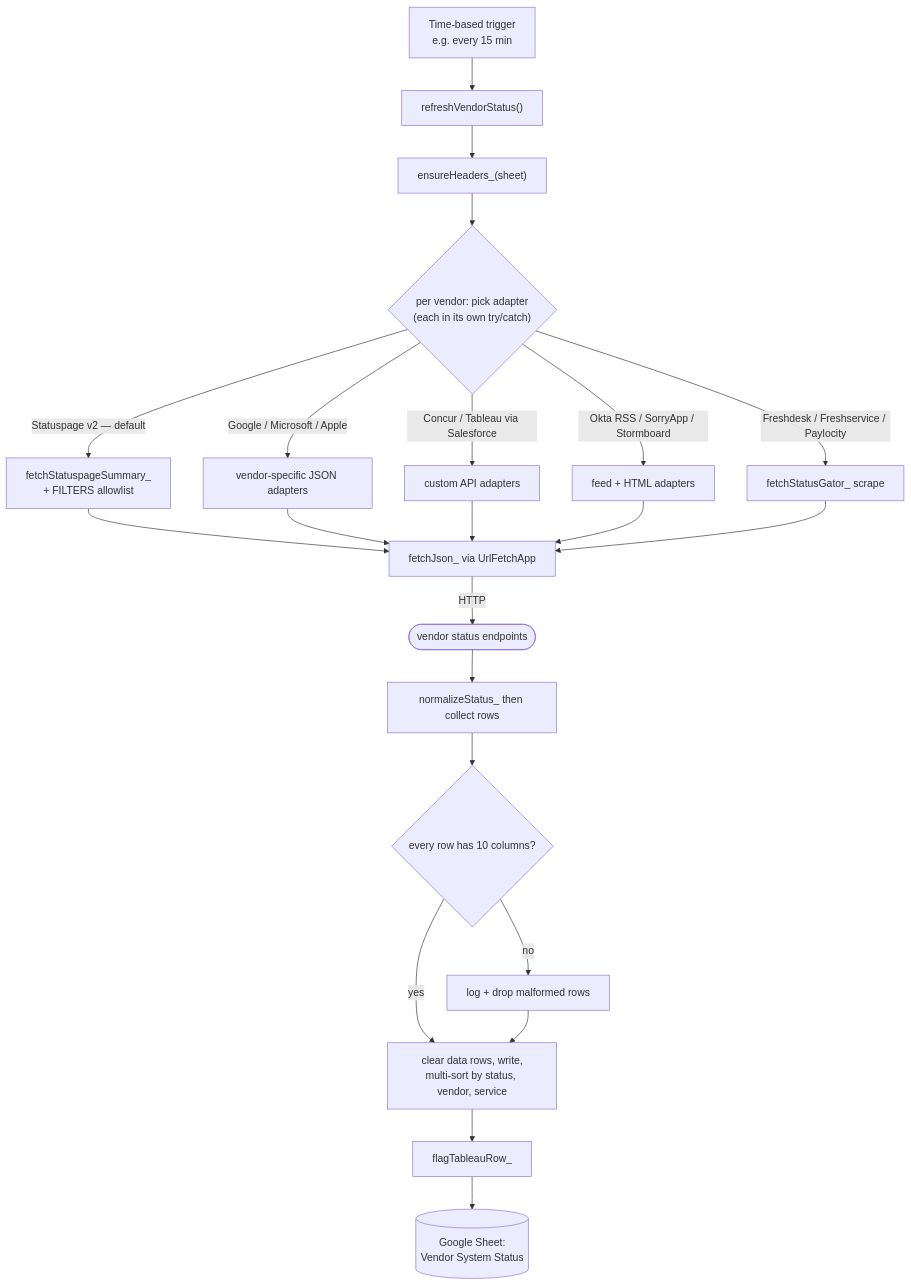
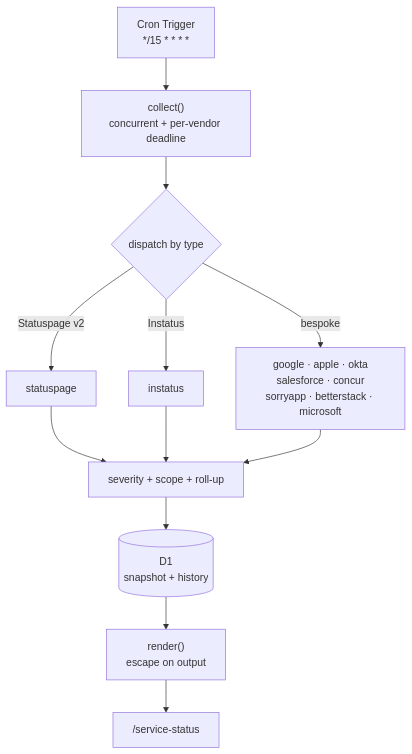
Before and after one commit to bjgreenberg/vendor-dashboard: the diagram in README.md, drawn with Mermaid. The commit also changed other lines of this file and 17 other files, not shown here.

````diff
--- a/README.md
+++ b/README.md
@@ -40,24 +64,14 @@
 ```mermaid
 flowchart TB
-    trig["Time-based trigger<br/>e.g. every 15 min"] --> entry["refreshVendorStatus()"]
-    entry --> hdr["ensureHeaders_(sheet)"]
-    hdr --> disp{"per vendor: pick adapter<br/>(each in its own try/catch)"}
-    disp -->|"Statuspage v2 — default"| a1["fetchStatuspageSummary_<br/>+ FILTERS allowlist"]
-    disp -->|"Google / Microsoft / Apple"| a2["vendor-specific JSON adapters"]
-    disp -->|"Concur / Tableau via Salesforce"| a3["custom API adapters"]
-    disp -->|"Okta RSS / SorryApp / Stormboard"| a4["feed + HTML adapters"]
-    disp -->|"Freshdesk / Freshservice / Paylocity"| a5["fetchStatusGator_ scrape"]
-    a1 --> fetch["fetchJson_ via UrlFetchApp"]
-    a2 --> fetch
-    a3 --> fetch
-    a4 --> fetch
-    a5 --> fetch
-    fetch -->|HTTP| ext(["vendor status endpoints"])
-    ext --> norm["normalizeStatus_ then collect rows"]
-    norm --> valid{"every row has 10 columns?"}
-    valid -->|no| drop["log + drop malformed rows"]
-    valid -->|yes| write["clear data rows, write,<br/>multi-sort by status, vendor, service"]
-    drop --> write
-    write --> flag["flagTableauRow_"]
-    flag --> sheet[("Google Sheet:<br/>Vendor System Status")]
+    cron["Cron Trigger<br/>*/15 * * * *"] --> collect["collect()<br/>concurrent + per-vendor deadline"]
+    collect --> adapters{"dispatch by type"}
+    adapters -->|"Statuspage v2"| a1["statuspage"]
+    adapters -->|"Instatus"| a2["instatus"]
+    adapters -->|"bespoke"| a3["google · apple · okta<br/>salesforce · concur<br/>sorryapp · betterstack · microsoft"]
+    a1 --> norm["severity + scope + roll-up"]
+    a2 --> norm
+    a3 --> norm
+    norm --> d1[("D1<br/>snapshot + history")]
+    d1 --> render["render()<br/>escape on output"]
+    render --> page["/service-status"]
 ```
````
